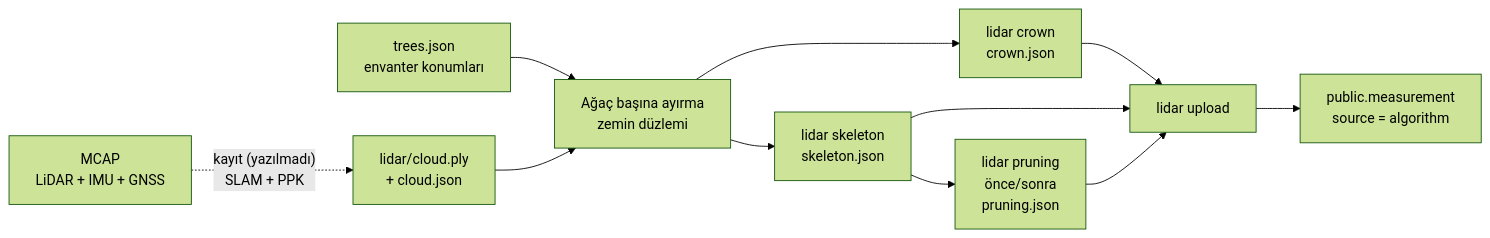
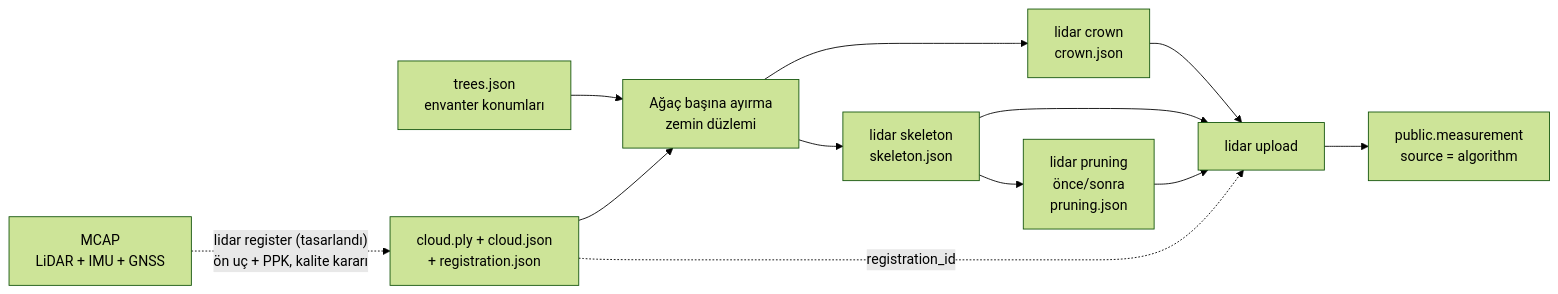
Before and after one commit to yusuftiryaki/orchadOS: the diagram in docs/lidar-olcumleri.md, drawn with Mermaid (forest theme). The commit also changed other lines of this file and 4 other files, not shown here.

First line of the commit message:
Docs: LiDAR registration contracts and gate

````diff
--- a/docs/lidar-olcumleri.md
+++ b/docs/lidar-olcumleri.md
@@ -34,13 +34,14 @@
 ```mermaid
 flowchart LR
-    M["MCAP<br/>LiDAR + IMU + GNSS"] -. "kayıt (yazılmadı)<br/>SLAM + PPK" .-> C["lidar/cloud.ply<br/>+ cloud.json"]
+    M["MCAP<br/>LiDAR + IMU + GNSS"] -. "lidar register (tasarlandı)<br/>ön uç + PPK, kalite kararı" .-> C["cloud.ply + cloud.json<br/>+ registration.json"]
     T["trees.json<br/>envanter konumları"] --> X
     C --> X["Ağaç başına ayırma<br/>zemin düzlemi"]
     X --> CR["lidar crown<br/>crown.json"]
     X --> SK["lidar skeleton<br/>skeleton.json"]
     SK --> PR["lidar pruning<br/>önce/sonra<br/>pruning.json"]
     CR --> U["lidar upload"]
     SK --> U
     PR --> U
     U --> DB["public.measurement<br/>source = algorithm"]
+    C -. "registration_id" .-> U
 ```
````
